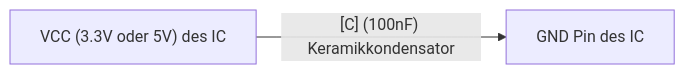
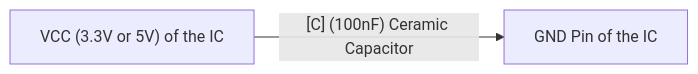
The fourth of 4 diagrams in CNCpanel_additional_hardware.md (NoLackOfIdeas/CNCpanel-LinuxCNC-Ethercat-ESP32-ESPnow), drawn with Mermaid before and after one commit. The commit also changed other lines of this file, not shown here.

````diff
--- a/CNCpanel_additional_hardware.md
+++ b/CNCpanel_additional_hardware.md
@@ -67,4 +67,4 @@
 ```mermaid
 graph LR
-A["VCC (3.3V oder 5V) des IC"] -->|" [C] (100nF) Keramikkondensator "| B["GND Pin des IC"]
+A["VCC (3.3V or 5V) of the IC"] -->|" [C] (100nF) Ceramic Capacitor "| B["GND Pin of the  IC"]
 ```
````
